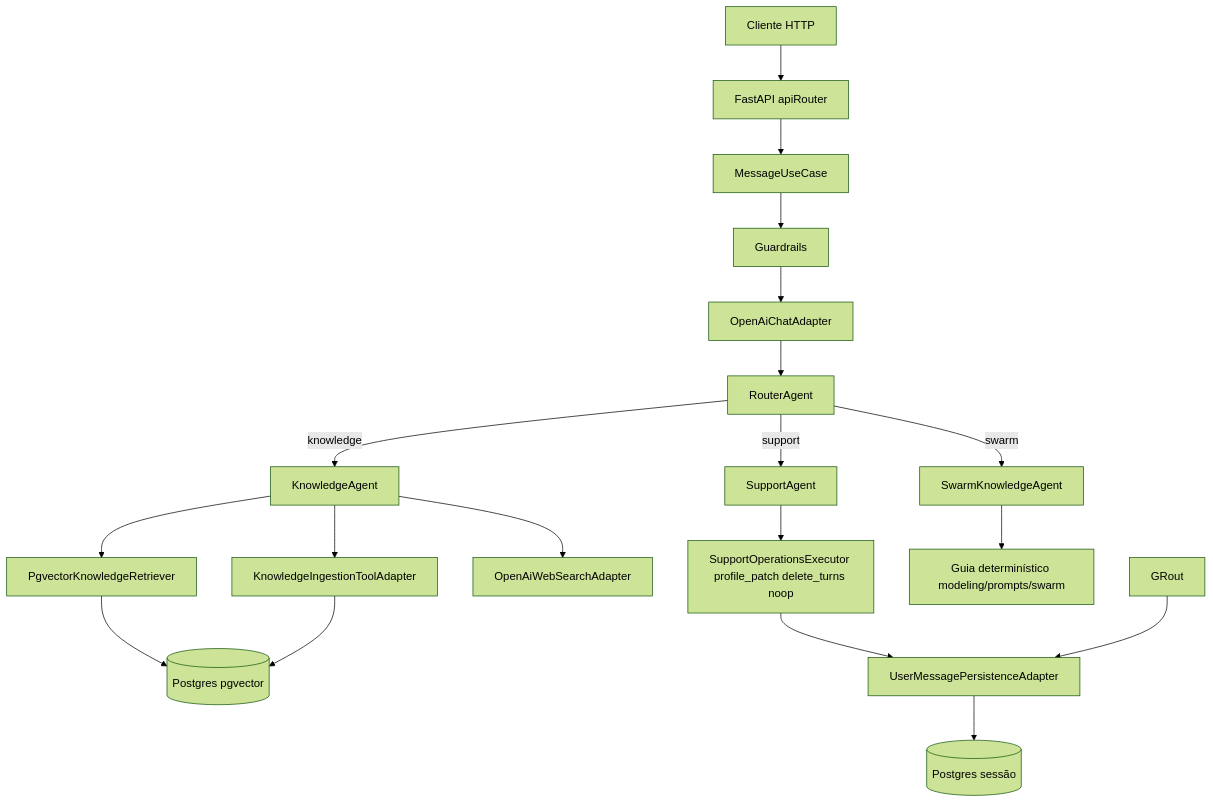
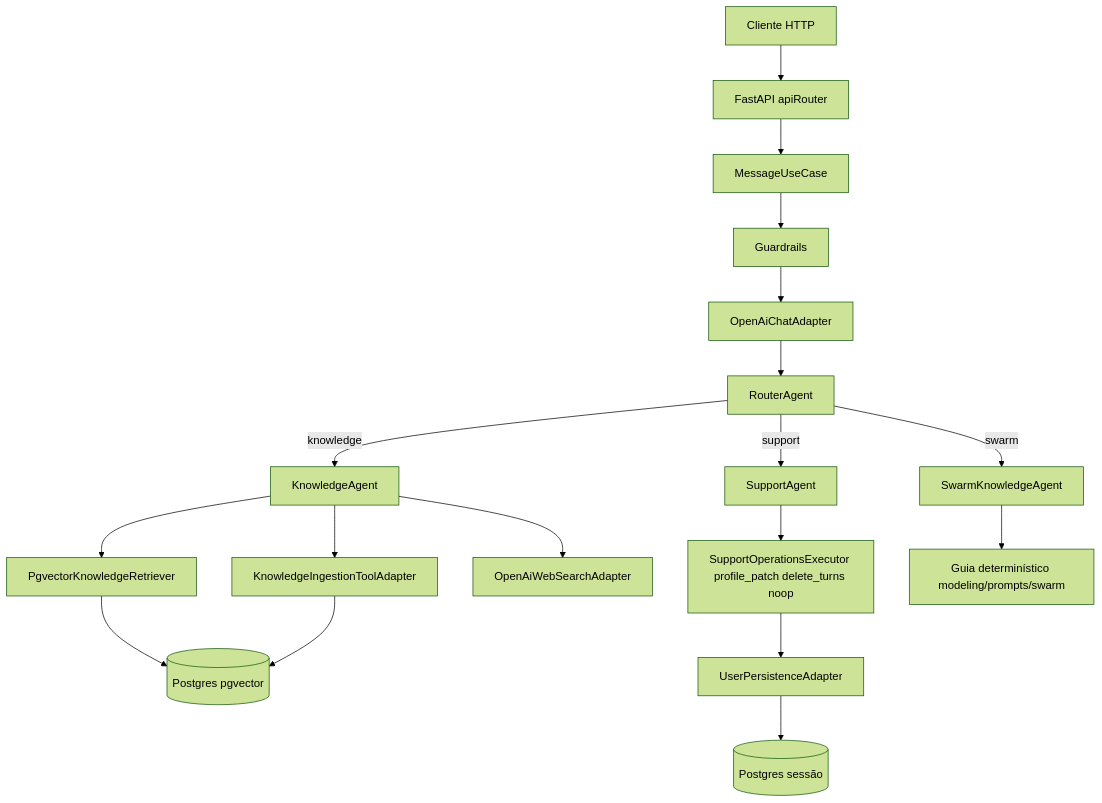
Before and after one commit to P-ASilva/Agent-Swarm-Backend: the diagram in README.md, drawn with Mermaid (forest theme).

Commit message:
Update UserMessagePersistenceAdapter to UserPersistenceAdapter

````diff
--- a/README.md
+++ b/README.md
@@ -7,29 +7,27 @@
 ```mermaid
 flowchart TD
   Client[Cliente HTTP] --> API[FastAPI apiRouter]
   API --> UC[MessageUseCase]
 
   UC --> GRin["Guardrails"]
   GRin --> O[OpenAiChatAdapter]
   O --> R[RouterAgent]
   R -->|knowledge| K[KnowledgeAgent]
   R -->|support| S[SupportAgent]
   R -->|swarm| SW[SwarmKnowledgeAgent]
 
   K --> RET[PgvectorKnowledgeRetriever]
   K --> ING[KnowledgeIngestionToolAdapter]
   K --> WEB[OpenAiWebSearchAdapter]
 
   S --> EX["SupportOperationsExecutor profile_patch delete_turns noop"]
 
   SW --> SWP["Guia determinístico modeling/prompts/swarm"]
 
   RET --> RAG[(Postgres pgvector)]
   ING --> RAG
 
-  EX --> PERM[UserMessagePersistenceAdapter]
-
-  GRout --> PERM
+  EX --> PERM[UserPersistenceAdapter]
 
   PERM --> SESS[(Postgres sessão)]
 ```
````
